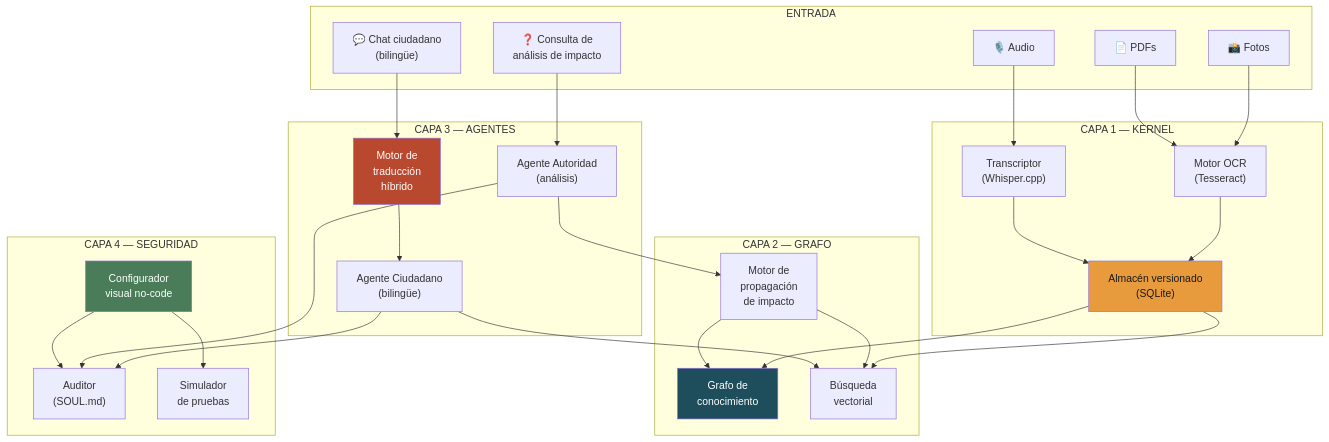
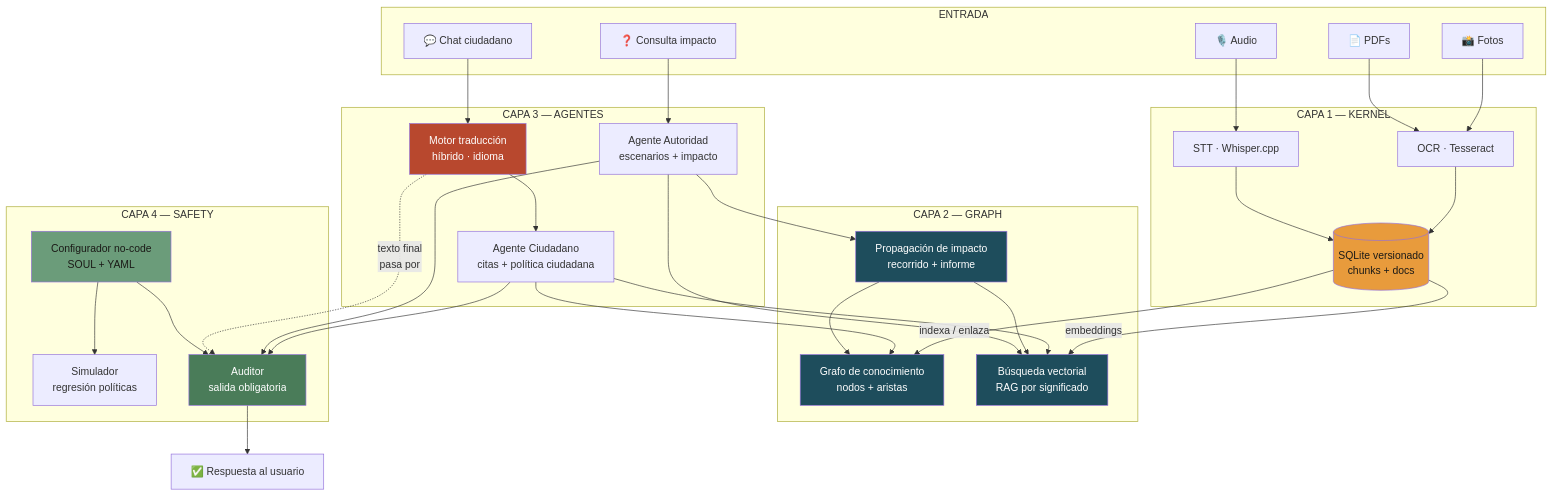
The seventh of 10 diagrams in docs/planning/plan_producto_unificado.md (ariutokintumi/IAldea-org), drawn with Mermaid before and after one commit. The commit also changed other lines of this file and 1 other file, not shown here.

Commit message:
mejoras en el flujo mermaid y graphs

````diff
--- a/docs/planning/plan_producto_unificado.md
+++ b/docs/planning/plan_producto_unificado.md
@@ -292,61 +298,71 @@
 ```mermaid
-graph TB
-    subgraph "ENTRADA"
+flowchart TB
+    subgraph EN["ENTRADA"]
         I1["📸 Fotos"]
         I2["🎙️ Audio"]
         I3["📄 PDFs"]
-        I4["💬 Chat ciudadano<br/>(bilingüe)"]
-        I5["❓ Consulta de<br/>análisis de impacto"]
+        I4["💬 Chat ciudadano"]
+        I5["❓ Consulta impacto"]
     end
 
-    subgraph "CAPA 1 — KERNEL"
-        K1["Motor OCR<br/>(Tesseract)"]
-        K2["Transcriptor<br/>(Whisper.cpp)"]
-        K3["Almacén versionado<br/>(SQLite)"]
+    subgraph K["CAPA 1 — KERNEL"]
+        K1["OCR · Tesseract"]
+        K2["STT · Whisper.cpp"]
+        K3[(SQLite versionado<br/>chunks + docs)]
     end
 
-    subgraph "CAPA 2 — GRAFO"
-        G1["Grafo de<br/>conocimiento"]
-        G2["Búsqueda<br/>vectorial"]
-        G3["Motor de<br/>propagación<br/>de impacto"]
+    subgraph G["CAPA 2 — GRAPH"]
+        G1["Grafo de conocimiento<br/>nodos + aristas"]
+        G2["Búsqueda vectorial<br/>RAG por significado"]
+        G3["Propagación de impacto<br/>recorrido + informe"]
     end
 
-    subgraph "CAPA 3 — AGENTES"
-        A1["Agente Ciudadano<br/>(bilingüe)"]
-        A2["Agente Autoridad<br/>(análisis)"]
-        A3["Motor de<br/>traducción<br/>híbrido"]
+    subgraph AG["CAPA 3 — AGENTES"]
+        A3["Motor traducción<br/>híbrido · idioma"]
+        A1["Agente Ciudadano<br/>citas + política ciudadana"]
+        A2["Agente Autoridad<br/>escenarios + impacto"]
     end
 
-    subgraph "CAPA 4 — SEGURIDAD"
-        S1["Auditor<br/>(SOUL.md)"]
-        S2["Configurador<br/>visual no-code"]
-        S3["Simulador<br/>de pruebas"]
+    subgraph SF["CAPA 4 — SAFETY"]
+        S2["Configurador no-code<br/>SOUL + YAML"]
+        S3["Simulador<br/>regresión políticas"]
+        S1["Auditor<br/>salida obligatoria"]
     end
 
+    OUT["✅ Respuesta al usuario"]
+
     I1 --> K1
+    I3 --> K1
     I2 --> K2
-    I3 --> K1
     K1 --> K3
     K2 --> K3
-    K3 --> G1
-    K3 --> G2
+
+    K3 -->|"indexa / enlaza"| G1
+    K3 -->|"embeddings"| G2
+
+    I4 --> A3
+    A3 --> A1
+    A1 --> G2
+    A1 --> G1
 
     I5 --> A2
     A2 --> G3
     G3 --> G1
     G3 --> G2
-
-    I4 --> A3
-    A3 --> A1
-    A1 --> G2
+    A2 --> G2
 
     A1 --> S1
     A2 --> S1
+    A3 -.->|"texto final<br/>pasa por"| S1
     S2 --> S1
     S2 --> S3
+    S1 --> OUT
 
     style K3 fill:#E89B3C,color:#1B1A17
     style G1 fill:#1E4D5C,color:#fff
+    style G2 fill:#1E4D5C,color:#fff
+    style G3 fill:#1E4D5C,color:#fff
     style A3 fill:#B8482E,color:#fff
-    style S2 fill:#4A7C59,color:#fff
+    style S1 fill:#4A7C59,color:#fff
+    style S2 fill:#6b9c7a,color:#1B1A17
 ```
````
